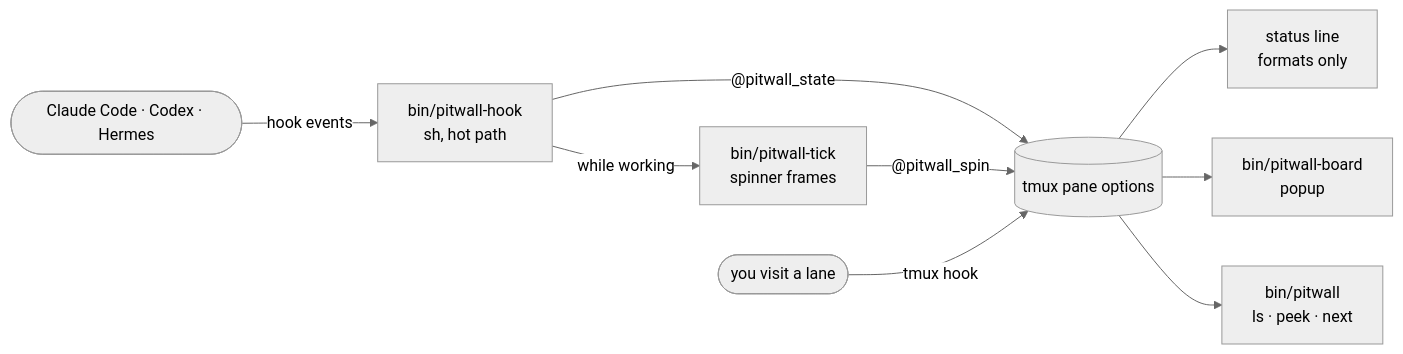
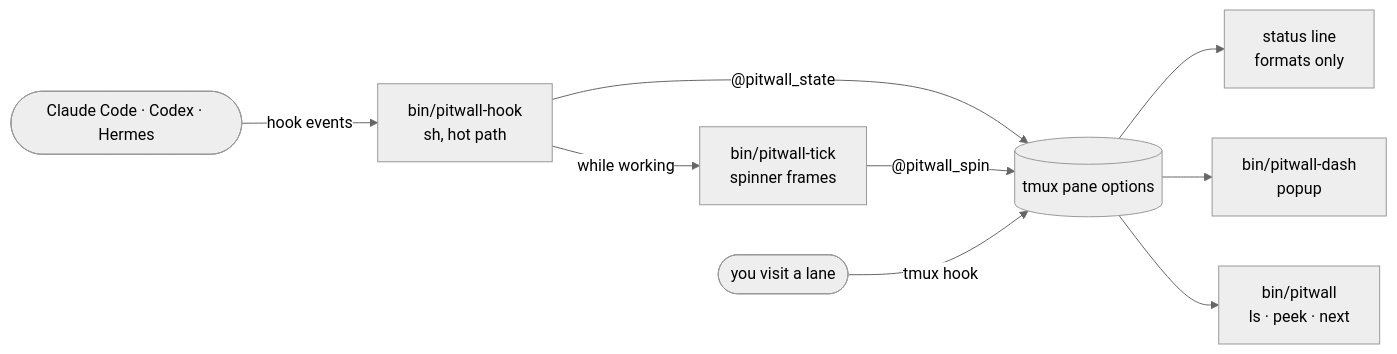
Before and after one commit to mateonunez/pitwall: the diagram in README.md, drawn with Mermaid (neutral theme). The commit also changed other lines of this file and 13 other files, not shown here.

Commit message:
feat!: one dashboard on prefix Space for lanes, workspaces, actions and OpenTimeline (#16)

````diff
--- a/README.md
+++ b/README.md
@@ -207,11 +213,11 @@
 ```mermaid
 flowchart LR
   agents(["Claude Code · Codex · Hermes"]) -- hook events --> hook["bin/pitwall-hook<br/>sh, hot path"]
   hook -- "@pitwall_state" --> tmux[("tmux pane options")]
   hook -- "while working" --> tick["bin/pitwall-tick<br/>spinner frames"]
   tick -- "@pitwall_spin" --> tmux
   tmux --> status["status line<br/>formats only"]
-  tmux --> board["bin/pitwall-board<br/>popup"]
+  tmux --> dash["bin/pitwall-dash<br/>popup"]
   tmux --> cli["bin/pitwall<br/>ls · peek · next"]
   visit(["you visit a lane"]) -- "tmux hook" --> tmux
 ```
````
